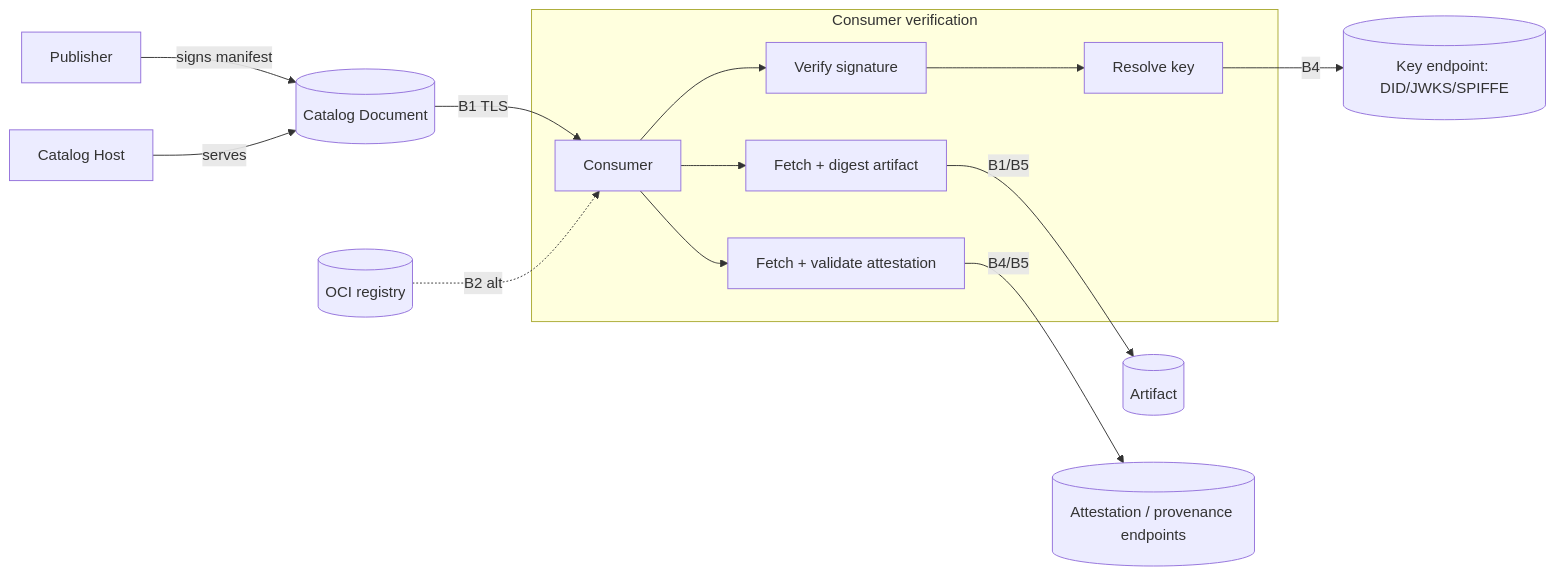
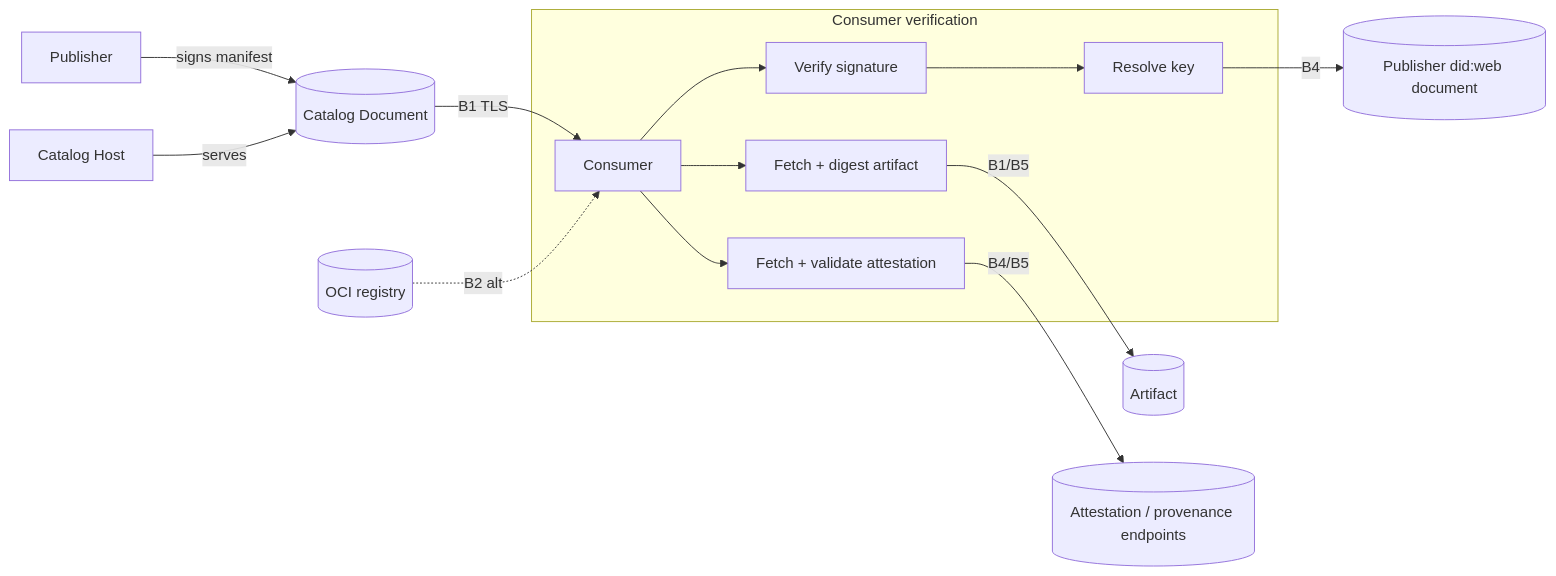
One commit to Agent-Card/ai-catalog changed the diagram in specification/trust-manifest-threat-model.md. Above: the diagram before and after it, drawn with Mermaid. The commit also changed other lines of this file and 11 other files, not shown here.

First line of the commit message:
Define did:web verification for Entry Trust Manifests

````diff
--- a/specification/trust-manifest-threat-model.md
+++ b/specification/trust-manifest-threat-model.md
@@ -78,16 +81,16 @@
 ```mermaid
 flowchart LR
     Pub[Publisher] -->|signs manifest| Cat[(Catalog Document)]
     Host[Catalog Host] -->|serves| Cat
     Cat -->|B1 TLS| Cons[Consumer]
     subgraph Consumer verification
         Cons --> Ver[Verify signature]
         Ver --> KeyRes[Resolve key]
         Cons --> ArtFetch[Fetch + digest artifact]
         Cons --> AttFetch[Fetch + validate attestation]
     end
-    KeyRes -->|B4| KeyEP[(Key endpoint: DID/JWKS/SPIFFE)]
+    KeyRes -->|B4| KeyEP[(Publisher did:web document)]
     ArtFetch -->|B1/B5| Art[(Artifact)]
     AttFetch -->|B4/B5| AttEP[(Attestation / provenance endpoints)]
     Reg[(OCI registry)] -. B2 alt .-> Cons
 ```
````
